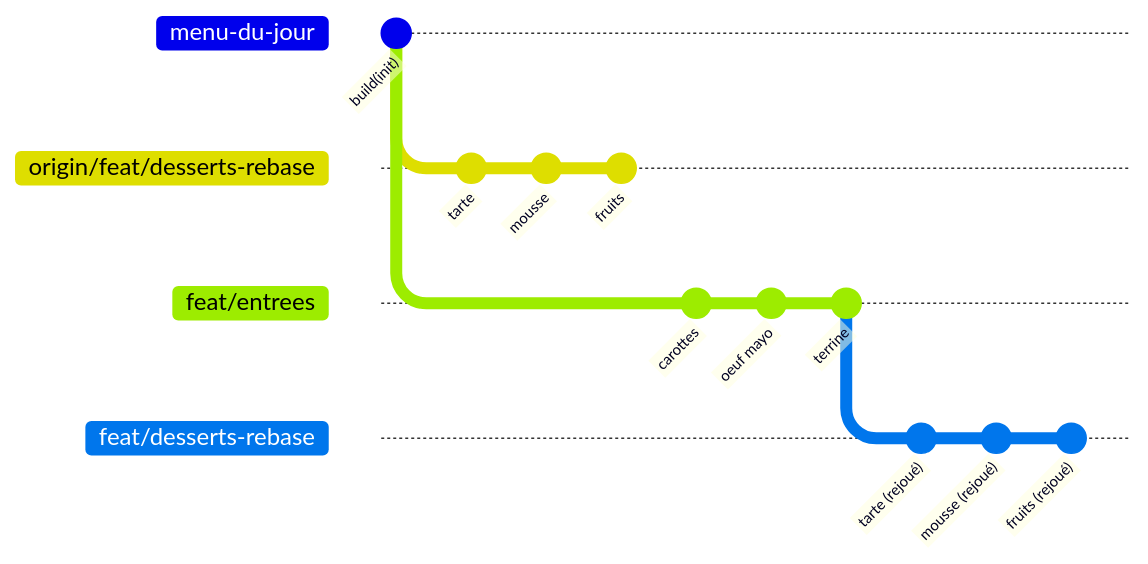
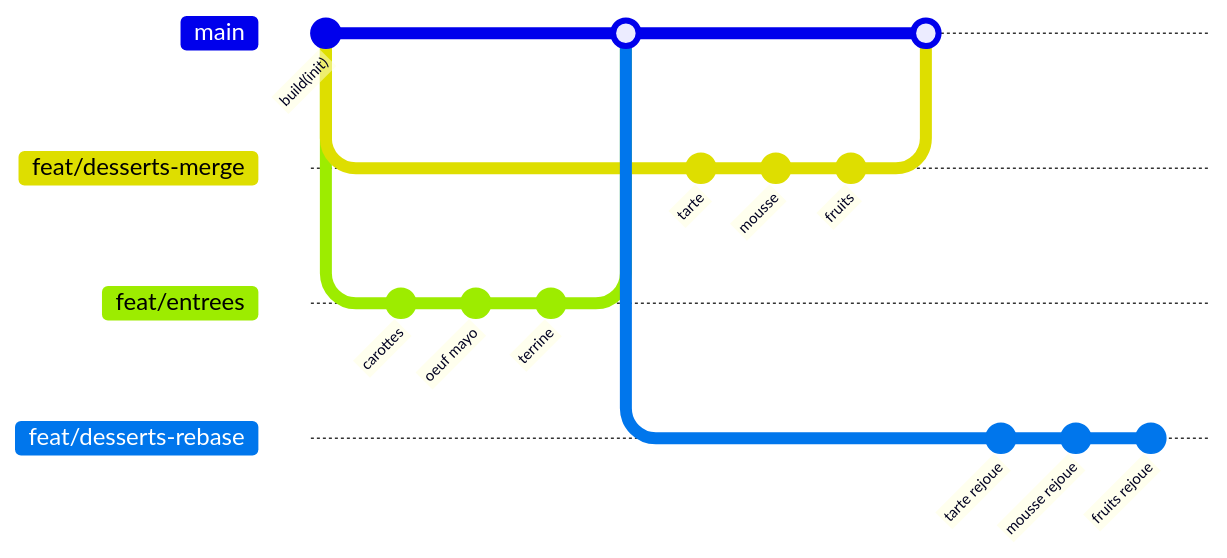
The fourth of 6 diagrams in README.md (L3-MIAGE-GRENOBLE/l3m-git-2026-2027), drawn with Mermaid before and after one commit. The commit also changed other lines of this file and 6 other files, not shown here.

Commit message:
chore(menu-de-demain): entrées et desserts déjà intégrés

````diff
--- a/README.md
+++ b/README.md
@@ -281,18 +334,23 @@
 ```mermaid
-%%{init: {'gitGraph': {'mainBranchName': 'menu-du-jour'}}}%%
 gitGraph
    commit id: "build(init)"
-   branch origin/feat/desserts-rebase
-   commit id: "tarte"
-   commit id: "mousse"
-   commit id: "fruits"
-   checkout menu-du-jour
+   branch feat/desserts-merge
+   checkout main
    branch feat/entrees
    commit id: "carottes"
    commit id: "oeuf mayo"
    commit id: "terrine"
+   checkout main
+   merge feat/entrees
    branch feat/desserts-rebase
-   commit id: "tarte (rejoué)"
-   commit id: "mousse (rejoué)"
-   commit id: "fruits (rejoué)"
+   checkout feat/desserts-merge
+   commit id: "tarte"
+   commit id: "mousse"
+   commit id: "fruits"
+   checkout main
+   merge feat/desserts-merge
+   checkout feat/desserts-rebase
+   commit id: "tarte rejoue"
+   commit id: "mousse rejoue"
+   commit id: "fruits rejoue"
 ```
````
